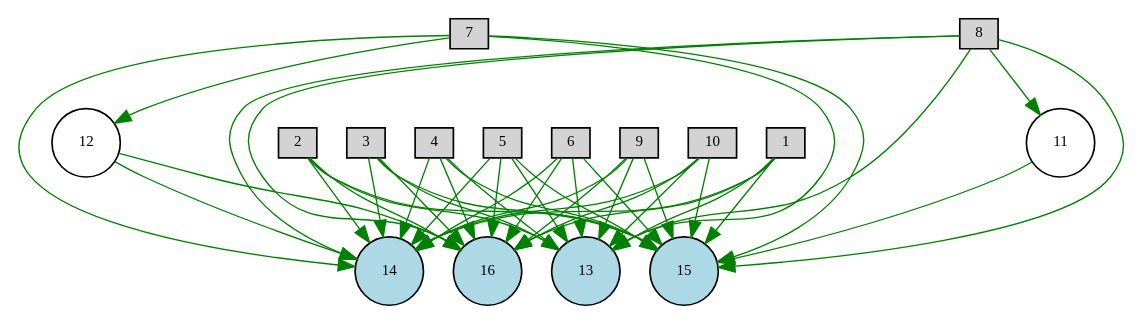
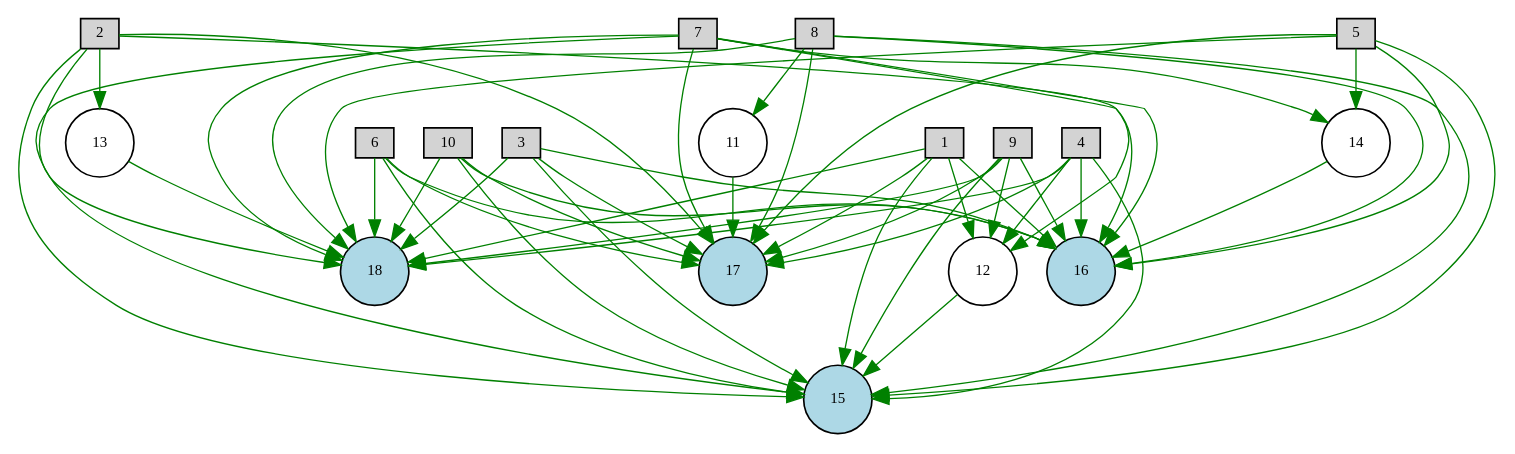
Before and after one commit to lodderwin/SNN_thesis: the diagram in NEAT_CMA_SNN_2D_FLIGHT/Digraph.gv, drawn with Graphviz. The commit also changed 12 other files, not shown here.

```diff
--- a/NEAT_CMA_SNN_2D_FLIGHT/Digraph.gv
+++ b/NEAT_CMA_SNN_2D_FLIGHT/Digraph.gv
@@ -1,63 +1,73 @@
 digraph {
 	node [fontsize=9 height=0.2 shape=circle width=0.2]
 	1 [fillcolor=lightgray shape=box style=filled]
 	2 [fillcolor=lightgray shape=box style=filled]
 	3 [fillcolor=lightgray shape=box style=filled]
 	4 [fillcolor=lightgray shape=box style=filled]
 	5 [fillcolor=lightgray shape=box style=filled]
 	6 [fillcolor=lightgray shape=box style=filled]
 	7 [fillcolor=lightgray shape=box style=filled]
 	8 [fillcolor=lightgray shape=box style=filled]
 	9 [fillcolor=lightgray shape=box style=filled]
 	10 [fillcolor=lightgray shape=box style=filled]
+	17 [fillcolor=lightblue style=filled]
 	15 [fillcolor=lightblue style=filled]
+	18 [fillcolor=lightblue style=filled]
 	16 [fillcolor=lightblue style=filled]
-	13 [fillcolor=lightblue style=filled]
-	14 [fillcolor=lightblue style=filled]
 	11 [fillcolor=white style=filled]
 	12 [fillcolor=white style=filled]
+	13 [fillcolor=white style=filled]
+	14 [fillcolor=white style=filled]
+	1 -> 17 [color=green penwidth=0.8 style=solid]
 	1 -> 15 [color=green penwidth=0.8 style=solid]
+	1 -> 18 [color=green penwidth=0.8 style=solid]
 	1 -> 16 [color=green penwidth=0.8 style=solid]
-	1 -> 13 [color=green penwidth=0.8 style=solid]
-	1 -> 14 [color=green penwidth=0.8 style=solid]
+	2 -> 17 [color=green penwidth=0.8 style=solid]
 	2 -> 15 [color=green penwidth=0.8 style=solid]
+	2 -> 18 [color=green penwidth=0.8 style=solid]
 	2 -> 16 [color=green penwidth=0.8 style=solid]
+	3 -> 17 [color=green penwidth=0.8 style=solid]
+	3 -> 15 [color=green penwidth=0.8 style=solid]
+	3 -> 18 [color=green penwidth=0.8 style=solid]
+	3 -> 16 [color=green penwidth=0.8 style=solid]
+	4 -> 17 [color=green penwidth=0.8 style=solid]
+	4 -> 15 [color=green penwidth=0.8 style=solid]
+	4 -> 18 [color=green penwidth=0.8 style=solid]
+	4 -> 16 [color=green penwidth=0.8 style=solid]
+	5 -> 17 [color=green penwidth=0.8 style=solid]
+	5 -> 15 [color=green penwidth=0.8 style=solid]
+	5 -> 18 [color=green penwidth=0.8 style=solid]
+	5 -> 16 [color=green penwidth=0.8 style=solid]
+	6 -> 17 [color=green penwidth=0.8 style=solid]
+	6 -> 15 [color=green penwidth=0.8 style=solid]
+	6 -> 18 [color=green penwidth=0.8 style=solid]
+	6 -> 16 [color=green penwidth=0.8 style=solid]
+	7 -> 17 [color=green penwidth=0.8 style=solid]
+	7 -> 15 [color=green penwidth=0.8 style=solid]
+	7 -> 18 [color=green penwidth=0.8 style=solid]
+	7 -> 16 [color=green penwidth=0.8 style=solid]
+	8 -> 17 [color=green penwidth=0.8 style=solid]
+	8 -> 15 [color=green penwidth=0.8 style=solid]
+	8 -> 18 [color=green penwidth=0.8 style=solid]
+	8 -> 16 [color=green penwidth=0.8 style=solid]
+	9 -> 17 [color=green penwidth=0.8 style=solid]
+	9 -> 15 [color=green penwidth=0.8 style=solid]
+	9 -> 18 [color=green penwidth=0.8 style=solid]
+	9 -> 16 [color=green penwidth=0.8 style=solid]
+	10 -> 17 [color=green penwidth=0.8 style=solid]
+	10 -> 15 [color=green penwidth=0.8 style=solid]
+	10 -> 18 [color=green penwidth=0.8 style=solid]
+	10 -> 16 [color=green penwidth=0.8 style=solid]
+	1 -> 12 [color=green penwidth=0.8 style=solid]
+	12 -> 15 [color=green penwidth=0.8 style=solid]
+	7 -> 14 [color=green penwidth=0.8 style=solid]
+	14 -> 16 [color=green penwidth=0.8 style=solid]
+	7 -> 12 [color=green penwidth=0.8 style=solid]
+	8 -> 11 [color=green penwidth=0.8 style=solid]
+	11 -> 17 [color=green penwidth=0.8 style=solid]
+	9 -> 12 [color=green penwidth=0.8 style=solid]
+	5 -> 14 [color=green penwidth=0.8 style=solid]
 	2 -> 13 [color=green penwidth=0.8 style=solid]
-	2 -> 14 [color=green penwidth=0.8 style=solid]
-	3 -> 15 [color=green penwidth=0.8 style=solid]
-	3 -> 16 [color=green penwidth=0.8 style=solid]
-	3 -> 13 [color=green penwidth=0.8 style=solid]
-	3 -> 14 [color=green penwidth=0.8 style=solid]
-	4 -> 15 [color=green penwidth=0.8 style=solid]
-	4 -> 16 [color=green penwidth=0.8 style=solid]
-	4 -> 13 [color=green penwidth=0.8 style=solid]
-	4 -> 14 [color=green penwidth=0.8 style=solid]
-	5 -> 15 [color=green penwidth=0.8 style=solid]
-	5 -> 16 [color=green penwidth=0.8 style=solid]
-	5 -> 13 [color=green penwidth=0.8 style=solid]
-	5 -> 14 [color=green penwidth=0.8 style=solid]
-	6 -> 15 [color=green penwidth=0.8 style=solid]
-	6 -> 16 [color=green penwidth=0.8 style=solid]
-	6 -> 13 [color=green penwidth=0.8 style=solid]
-	6 -> 14 [color=green penwidth=0.8 style=solid]
-	7 -> 15 [color=green penwidth=0.8 style=solid]
-	7 -> 13 [color=green penwidth=0.8 style=solid]
-	7 -> 14 [color=green penwidth=0.8 style=solid]
-	8 -> 15 [color=green penwidth=0.8 style=solid]
-	8 -> 16 [color=green penwidth=0.8 style=solid]
-	8 -> 13 [color=green penwidth=0.8 style=solid]
-	8 -> 14 [color=green penwidth=0.8 style=solid]
-	9 -> 15 [color=green penwidth=0.8 style=solid]
-	9 -> 16 [color=green penwidth=0.8 style=solid]
-	9 -> 13 [color=green penwidth=0.8 style=solid]
-	9 -> 14 [color=green penwidth=0.8 style=solid]
-	10 -> 15 [color=green penwidth=0.8 style=solid]
-	10 -> 16 [color=green penwidth=0.8 style=solid]
-	10 -> 13 [color=green penwidth=0.8 style=solid]
-	10 -> 14 [color=green penwidth=0.8 style=solid]
-	8 -> 11 [color=green penwidth=0.8 style=solid]
-	11 -> 15 [color=green penwidth=0.8 style=solid]
-	7 -> 12 [color=green penwidth=0.8 style=solid]
-	12 -> 16 [color=green penwidth=0.8 style=solid]
-	12 -> 14 [color=green penwidth=0.8 style=solid]
+	13 -> 18 [color=green penwidth=0.8 style=solid]
+	4 -> 12 [color=green penwidth=0.8 style=solid]
 }
```
